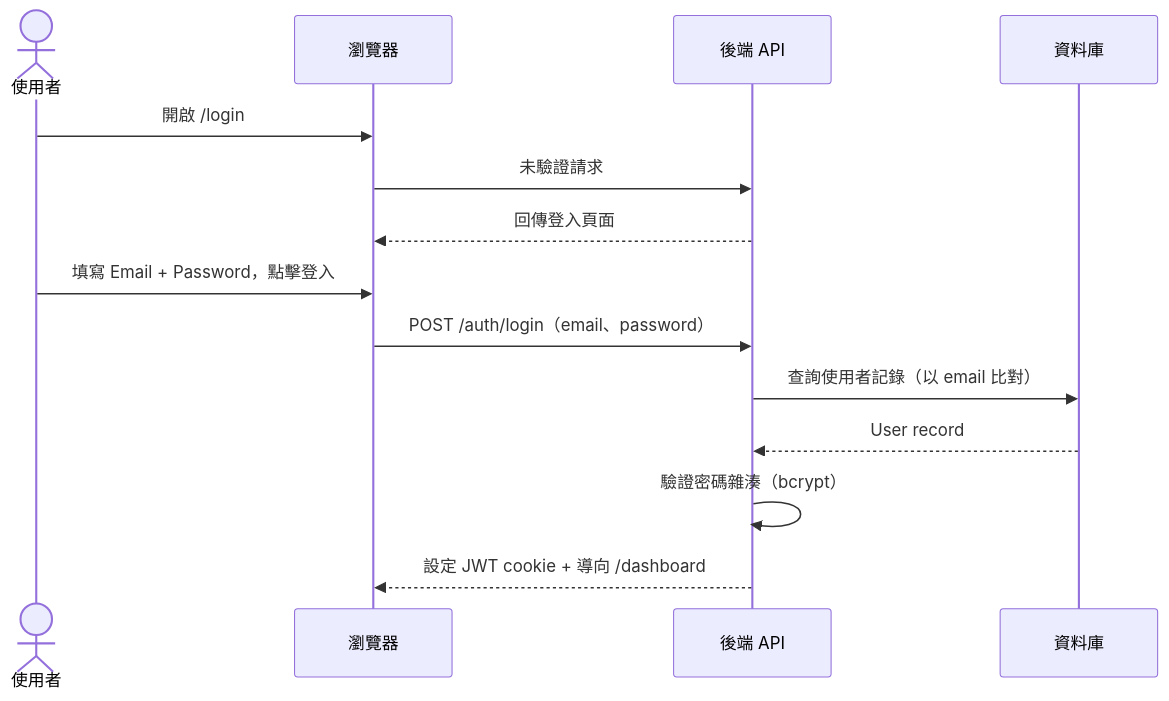
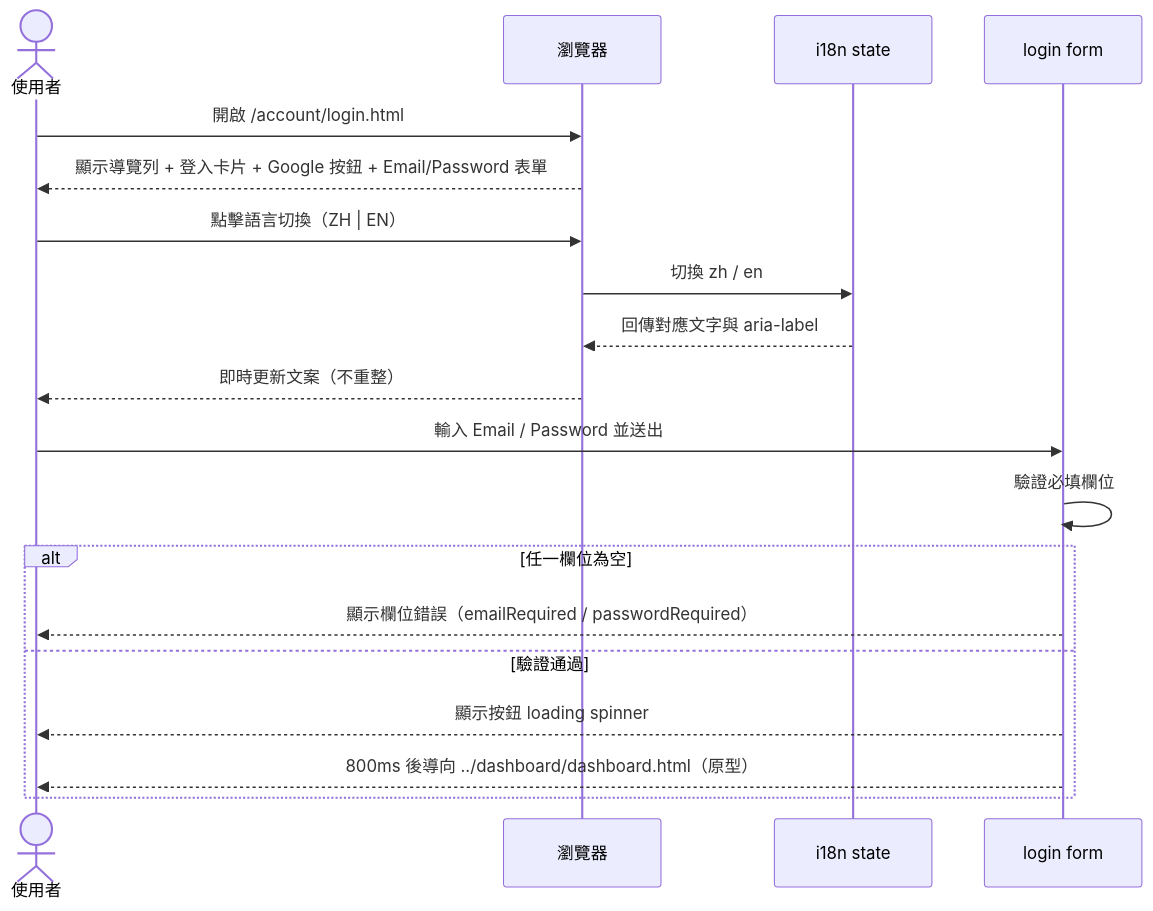
Before and after one commit to singyichen/label-suite: the first of 2 diagrams in specs/account/001-login-email-password/spec.md, drawn with Mermaid. The commit also changed other lines of this file and 4 other files, not shown here.

Commit message:
docs(spec): align account auth specs with latest prototypes

````diff
--- a/specs/account/001-login-email-password/spec.md
+++ b/specs/account/001-login-email-password/spec.md
@@ -11,19 +16,25 @@
 ```mermaid
 sequenceDiagram
     actor 使用者
     participant 瀏覽器
-    participant 後端API as 後端 API
-    participant 資料庫
+    participant i18n as i18n state
+    participant loginForm as login form
 
-    使用者->>瀏覽器: 開啟 /login
-    瀏覽器->>後端API: 未驗證請求
-    後端API-->>瀏覽器: 回傳登入頁面
+    使用者->>瀏覽器: 開啟 /account/login.html
+    瀏覽器-->>使用者: 顯示導覽列 + 登入卡片 + Google 按鈕 + Email/Password 表單
 
-    使用者->>瀏覽器: 填寫 Email + Password，點擊登入
-    瀏覽器->>後端API: POST /auth/login（email、password）
-    後端API->>資料庫: 查詢使用者記錄（以 email 比對）
-    資料庫-->>後端API: User record
-    後端API->>後端API: 驗證密碼雜湊（bcrypt）
+    使用者->>瀏覽器: 點擊語言切換（ZH | EN）
+    瀏覽器->>i18n: 切換 zh / en
+    i18n-->>瀏覽器: 回傳對應文字與 aria-label
+    瀏覽器-->>使用者: 即時更新文案（不重整）
 
-    後端API-->>瀏覽器: 設定 JWT cookie + 導向 /dashboard
+    使用者->>loginForm: 輸入 Email / Password 並送出
+    loginForm->>loginForm: 驗證必填欄位
+
+    alt 任一欄位為空
+        loginForm-->>使用者: 顯示欄位錯誤（emailRequired / passwordRequired）
+    else 驗證通過
+        loginForm-->>使用者: 顯示按鈕 loading spinner
+        loginForm-->>使用者: 800ms 後導向 ../dashboard/dashboard.html（原型）
+    end
 ```
````
